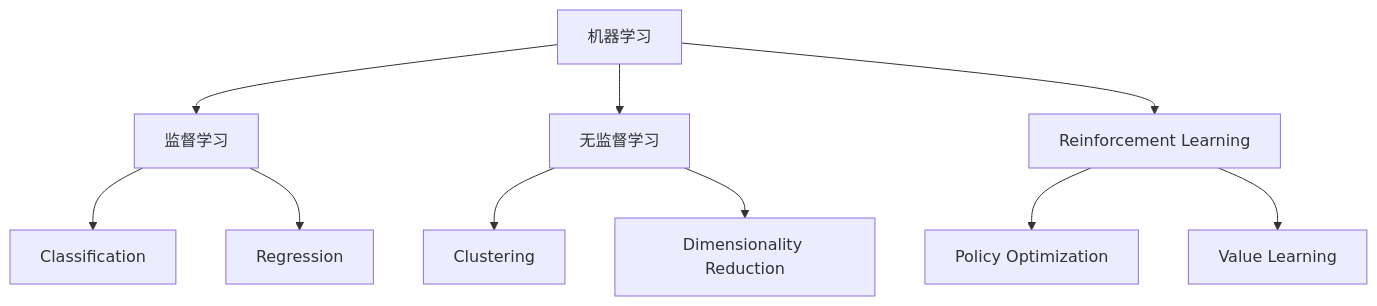
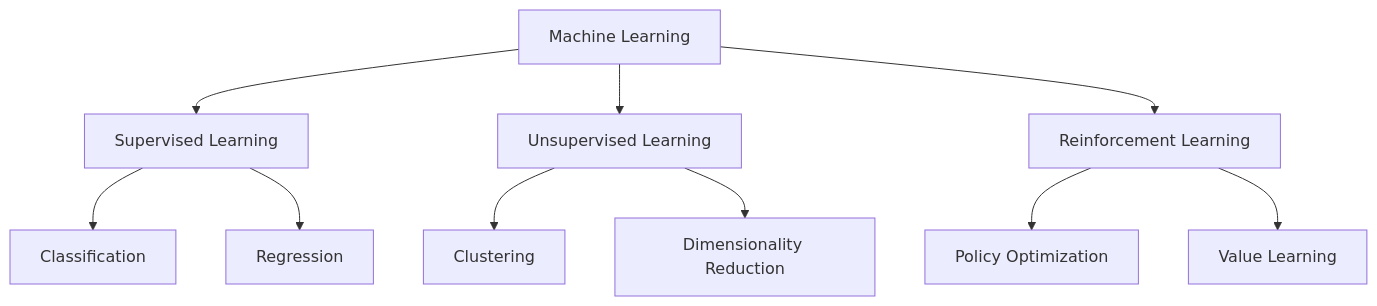
One commit to arwei944/ai-engineering-from-scratch changed the second of 6 diagrams in phases/02-ml-fundamentals/01-what-is-machine-learning/docs/zh.md. Above: the diagram before and after it, drawn with Mermaid. The commit also changed other lines of this file and 65 other files, not shown here.

````diff
--- a/phases/02-ml-fundamentals/01-what-is-machine-learning/docs/zh.md
+++ b/phases/02-ml-fundamentals/01-what-is-machine-learning/docs/zh.md
@@ -56,15 +56,15 @@
 ```mermaid
 flowchart TD
-    ML[机器学习] --> SL[监督学习]
-    ML --> UL[无监督学习]
+    ML[Machine Learning] --> SL[Supervised Learning]
+    ML --> UL[Unsupervised Learning]
     ML --> RL[Reinforcement Learning]
 
     SL --> C[Classification]
     SL --> R[Regression]
 
     UL --> CL[Clustering]
     UL --> DR[Dimensionality Reduction]
 
     RL --> PO[Policy Optimization]
     RL --> VL[Value Learning]
 ```
````
